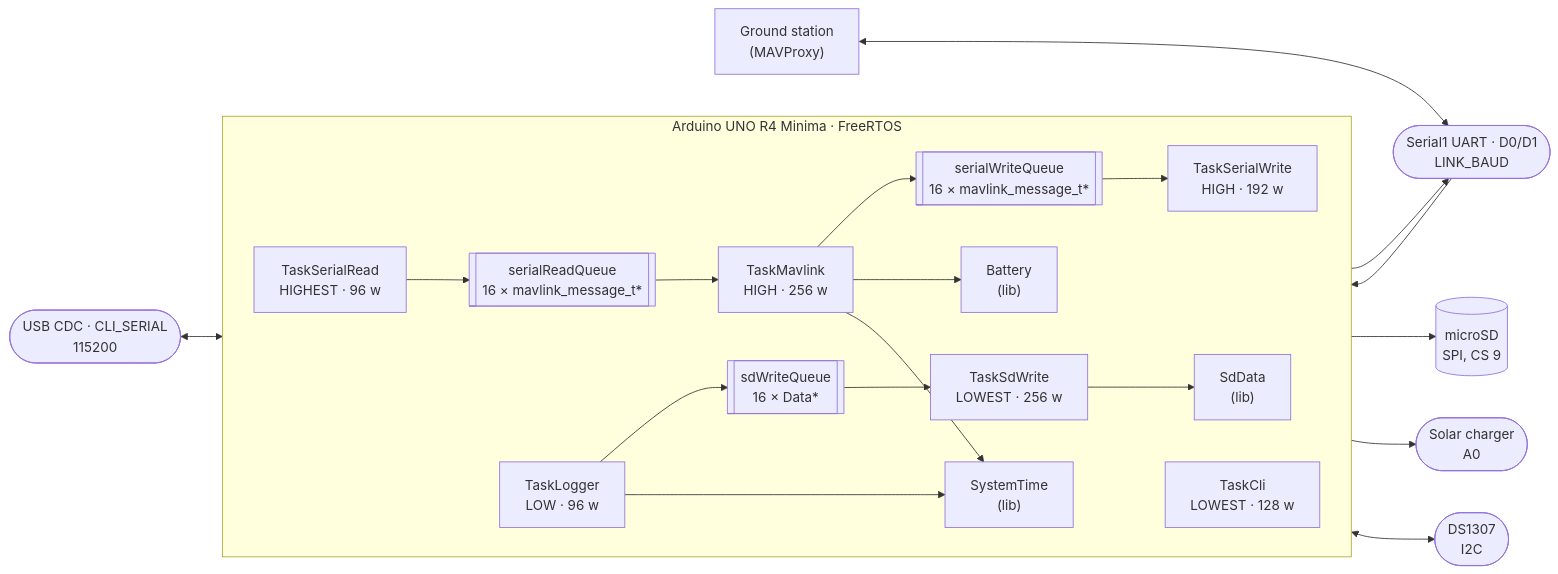
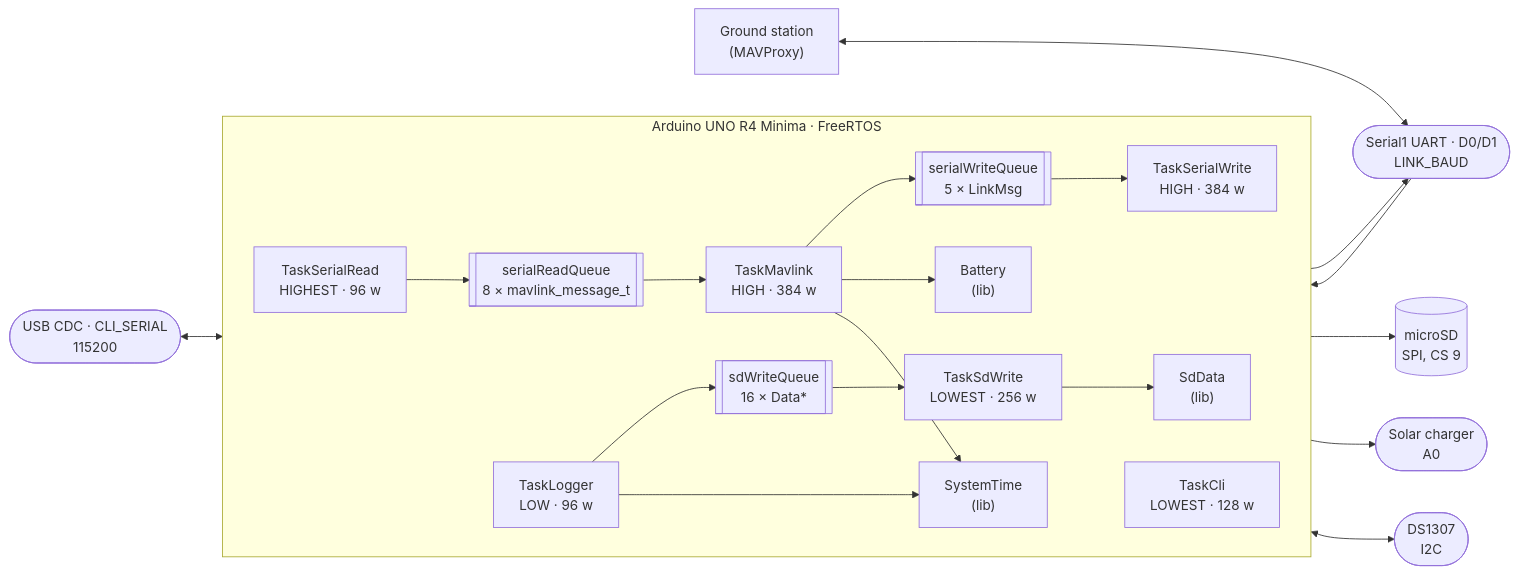
Before and after one commit to hectorespert/BoredomOS: the diagram in ARCHITECTURE.md, drawn with Mermaid. The commit also changed other lines of this file and 19 other files, not shown here.

````diff
--- a/ARCHITECTURE.md
+++ b/ARCHITECTURE.md
@@ -31,47 +31,47 @@
 ```mermaid
 flowchart LR
     GCS["Ground station<br/>(MAVProxy)"]
 
     subgraph board["Arduino UNO R4 Minima · FreeRTOS"]
         direction LR
 
         SR["TaskSerialRead<br/>HIGHEST · 96 w"]
-        SW["TaskSerialWrite<br/>HIGH · 192 w"]
-        MV["TaskMavlink<br/>HIGH · 256 w"]
+        SW["TaskSerialWrite<br/>HIGH · 384 w"]
+        MV["TaskMavlink<br/>HIGH · 384 w"]
         LG["TaskLogger<br/>LOW · 96 w"]
         SDW["TaskSdWrite<br/>LOWEST · 256 w"]
         CLI["TaskCli<br/>LOWEST · 128 w"]
 
-        RQ[["serialReadQueue<br/>16 × mavlink_message_t*"]]
-        WQ[["serialWriteQueue<br/>16 × mavlink_message_t*"]]
+        RQ[["serialReadQueue<br/>8 × mavlink_message_t"]]
+        WQ[["serialWriteQueue<br/>5 × LinkMsg"]]
         DQ[["sdWriteQueue<br/>16 × Data*"]]
 
         BAT["Battery<br/>(lib)"]
         ST["SystemTime<br/>(lib)"]
         SDD["SdData<br/>(lib)"]
     end
 
     LINK(["Serial1 UART · D0/D1<br/>LINK_BAUD"])
     CARD[("microSD<br/>SPI, CS 9")]
     ADC(["Solar charger<br/>A0"])
     RTC(["DS1307<br/>I2C"])
     CONSOLE(["USB CDC · CLI_SERIAL<br/>115200"])
 
     GCS <--> LINK
     LINK --> SR
     SW --> LINK
 
     CONSOLE <--> CLI
 
     SR --> RQ --> MV
     MV --> WQ
     WQ --> SW
 
     LG --> DQ --> SDW
     SDW --> SDD --> CARD
 
     MV --> BAT --> ADC
     MV --> ST
     LG --> ST
     ST <--> RTC
 ```
````
